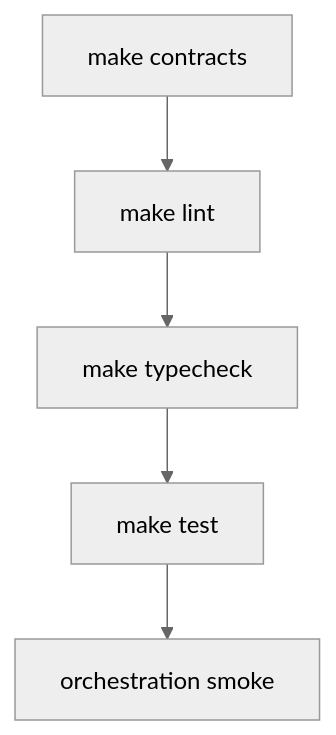
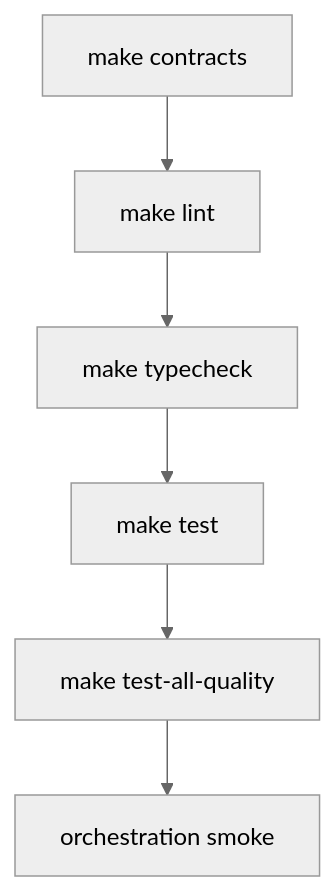
The second of 5 diagrams in docs/operations/local-development.md (roshaninfordham/personalised-demo-ai-agent), drawn with Mermaid (neutral theme) before and after one commit. The commit also changed other lines of this file and 5 other files, not shown here.

````diff
--- a/docs/operations/local-development.md
+++ b/docs/operations/local-development.md
@@ -44,7 +53,8 @@
 ```mermaid
 flowchart TD
     Contracts["make contracts"] --> Lint["make lint"]
     Lint --> Typecheck["make typecheck"]
     Typecheck --> Unit["make test"]
-    Unit --> Smoke["orchestration smoke"]
+    Unit --> Quality["make test-all-quality"]
+    Quality --> Smoke["orchestration smoke"]
 ```
````
